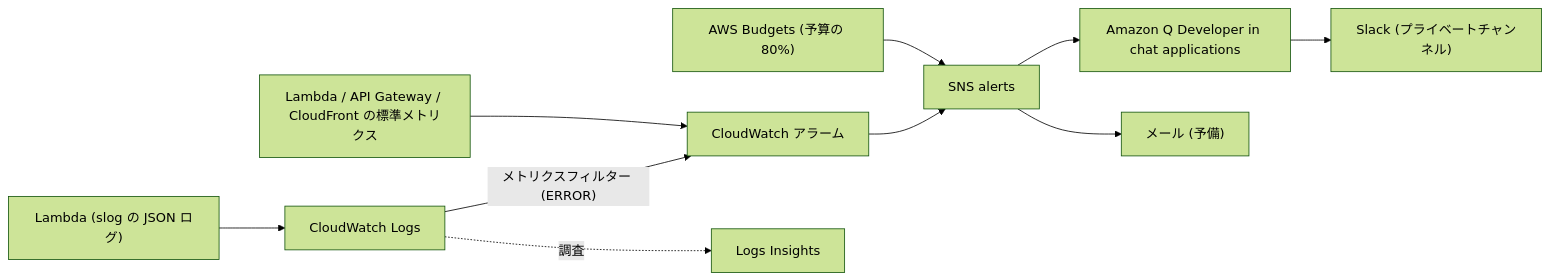
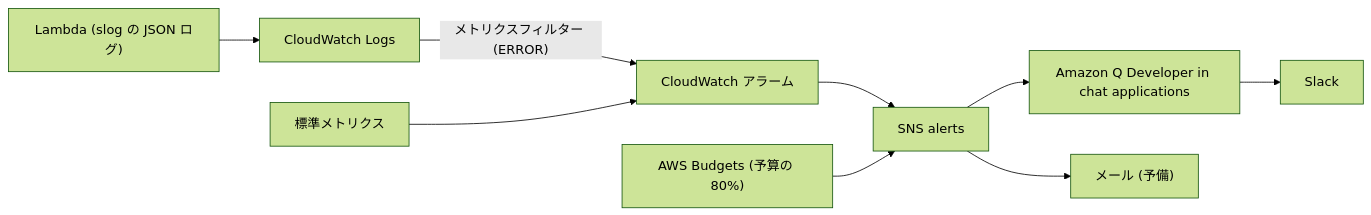
The diagram in docs/specs/observability.md (Inouey1008/family-video), drawn with Mermaid (forest theme) before and after one commit. The commit also changed other lines of this file and 18 other files, not shown here.

````diff
--- a/docs/specs/observability.md
+++ b/docs/specs/observability.md
@@ -9,12 +9,10 @@
 ```mermaid
 flowchart LR
   L["Lambda (slog の JSON ログ)"] --> CWL["CloudWatch Logs"]
   CWL -->|"メトリクスフィルター (ERROR)"| ALM["CloudWatch アラーム"]
-  STD["Lambda / API Gateway / CloudFront の標準メトリクス"] --> ALM
+  STD["標準メトリクス"] --> ALM
   ALM --> SNS["SNS alerts"]
   BUD["AWS Budgets (予算の 80%)"] --> SNS
-  SNS --> Q["Amazon Q Developer in chat applications"]
-  Q --> SL["Slack (プライベートチャンネル)"]
+  SNS --> Q["Amazon Q Developer in chat applications"] --> SL["Slack"]
   SNS --> MAIL["メール (予備)"]
-  CWL -.->|"調査"| LI["Logs Insights"]
 ```
````
